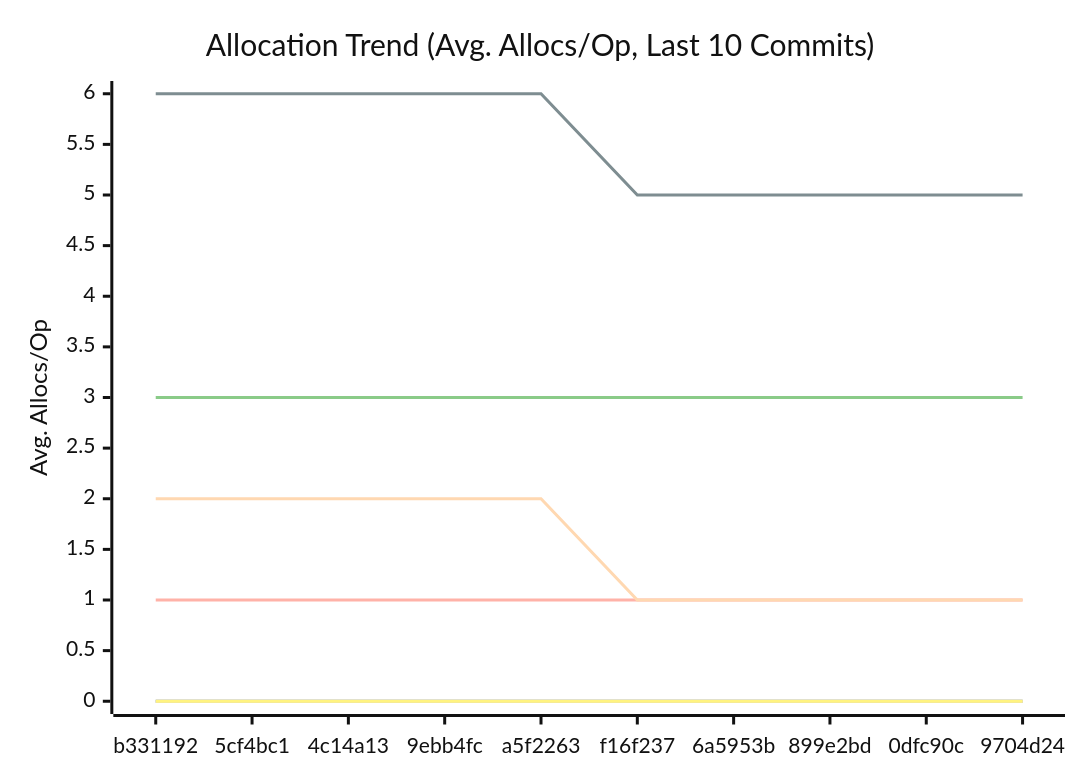
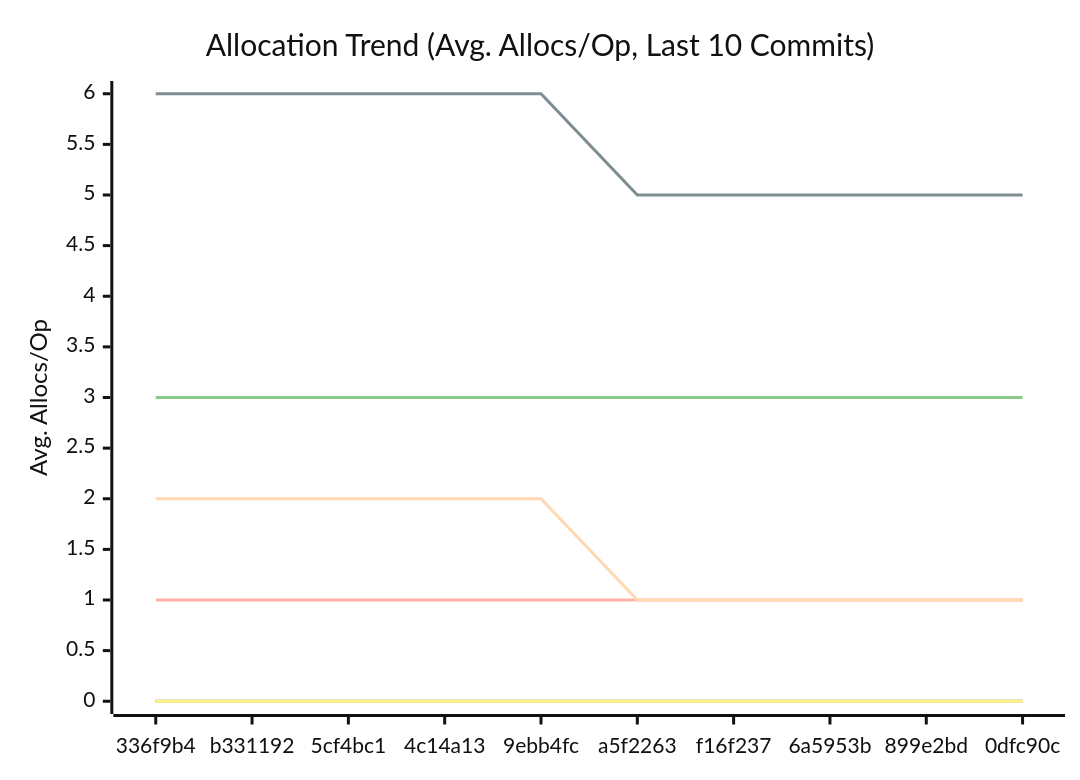
Before and after one commit to alsotoes/momo: the third of 3 diagrams in docs/PERFORMANCE.md, drawn with Mermaid (neutral theme). The commit also changed other lines of this file and 1 other file, not shown here.

````diff
--- a/docs/PERFORMANCE.md
+++ b/docs/PERFORMANCE.md
@@ -114,16 +114,16 @@
 ```mermaid
 xychart-beta
     title "Allocation Trend (Avg. Allocs/Op, Last 10 Commits)"
     x-axis "Commit"
     y-axis "Avg. Allocs/Op"
-    x-axis [b331192,5cf4bc1,4c14a13,9ebb4fc,a5f2263,f16f237,6a5953b,899e2bd,0dfc90c,9704d24]
+    x-axis [336f9b4,b331192,5cf4bc1,4c14a13,9ebb4fc,a5f2263,f16f237,6a5953b,899e2bd,0dfc90c]
     line "CheckMetricsAndSwap" [0,0,0,0,0,0,0,0,0,0]
     line "CrushOptimized" [0,0,0,0,0,0,0,0,0,0]
     line "CrushOriginal" [3,3,3,3,3,3,3,3,3,3]
     line "IndexDirectTracking" [0,0,0,0,0,0,0,0,0,0]
     line "IndexSearch" [0,0,0,0,0,0,0,0,0,0]
     line "LoadGlobalConfig" [1,1,1,1,1,1,1,1,1,1]
     line "PadString" [0,0,0,0,0,0,0,0,0,0]
     line "ParseReplicationOrder_NoPrealloc" [6,6,6,6,6,5,5,5,5,5]
     line "ParseReplicationOrder_Prealloc" [2,2,2,2,2,1,1,1,1,1]
 ```
````
